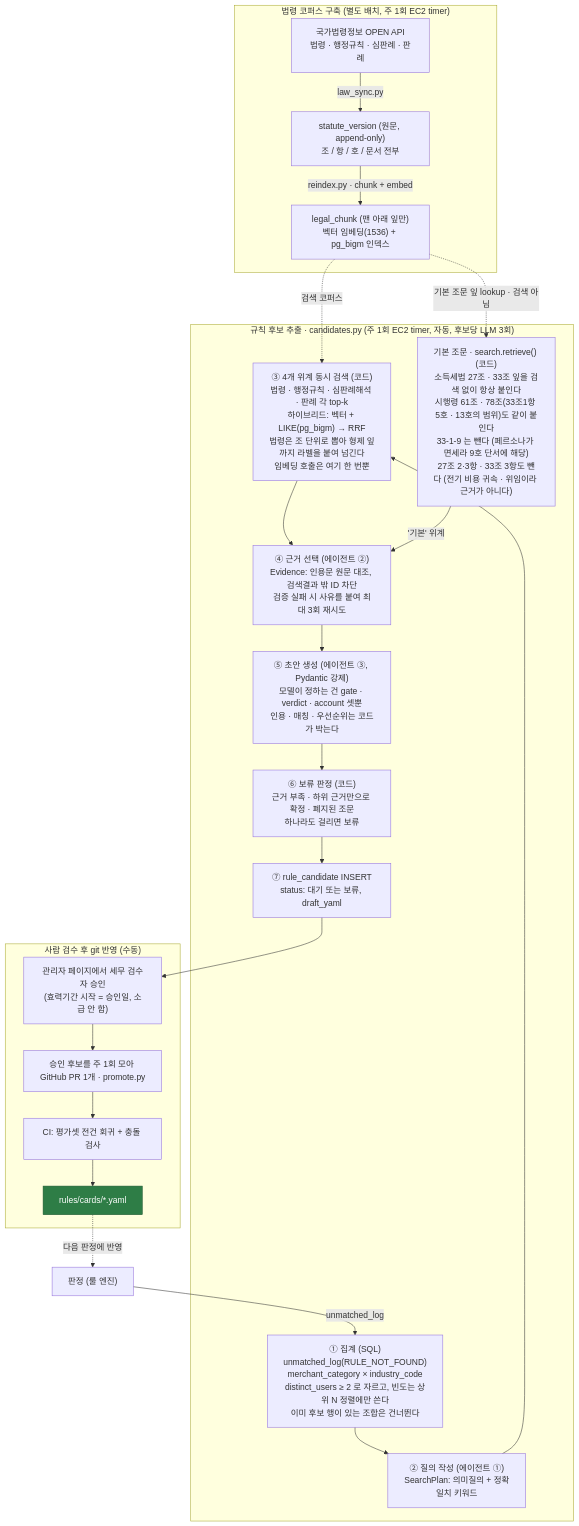
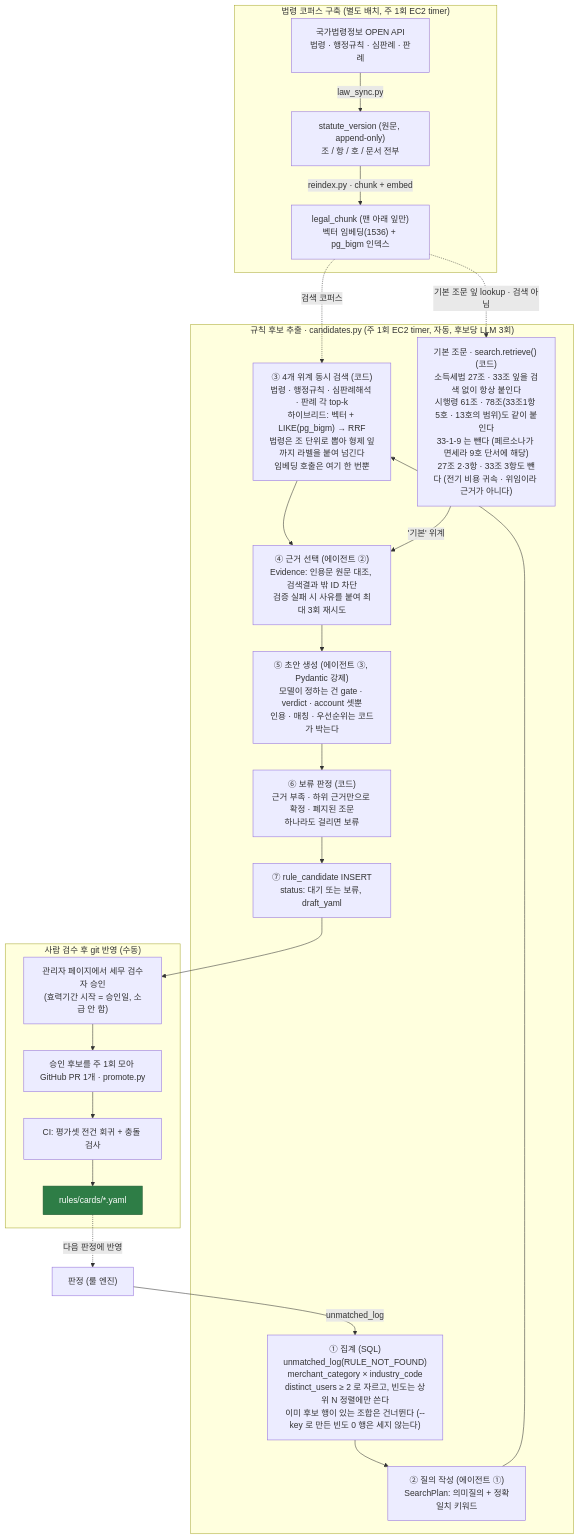
Before and after one commit to kakaotechcampus-4/ktc4-pusan-4: the third of 3 diagrams in docs/architecture.md, drawn with Mermaid. The commit also changed 2 other files, not shown here.

Commit message:
fix: 빈도 0인 --key 후보가 자동 후보를 막지 않게 함

````diff
--- a/docs/architecture.md
+++ b/docs/architecture.md
@@ -117,41 +117,41 @@
 ```mermaid
 flowchart TD
     subgraph CORPUS["법령 코퍼스 구축 (별도 배치, 주 1회 EC2 timer)"]
         LAW["국가법령정보 OPEN API<br/>법령 · 행정규칙 · 심판례 · 판례"]
         SV["statute_version (원문, append-only)<br/>조 / 항 / 호 / 문서 전부"]
         LC["legal_chunk (맨 아래 잎만)<br/>벡터 임베딩(1536) + pg_bigm 인덱스"]
         LAW -->|"law_sync.py"| SV -->|"reindex.py · chunk + embed"| LC
     end
 
     subgraph EXTRACT["규칙 후보 추출 · candidates.py (주 1회 EC2 timer, 자동, 후보당 LLM 3회)"]
-        AGG["① 집계 (SQL)<br/>unmatched_log(RULE_NOT_FOUND)<br/>merchant_category × industry_code<br/>distinct_users ≥ 2 로 자르고, 빈도는 상위 N 정렬에만 쓴다<br/>이미 후보 행이 있는 조합은 건너뛴다"]
+        AGG["① 집계 (SQL)<br/>unmatched_log(RULE_NOT_FOUND)<br/>merchant_category × industry_code<br/>distinct_users ≥ 2 로 자르고, 빈도는 상위 N 정렬에만 쓴다<br/>이미 후보 행이 있는 조합은 건너뛴다 (--key 로 만든 빈도 0 행은 세지 않는다)"]
         PLAN["② 질의 작성 (에이전트 ①)<br/>SearchPlan: 의미질의 + 정확일치 키워드"]
         SEARCH["③ 4개 위계 동시 검색 (코드)<br/>법령 · 행정규칙 · 심판례해석 · 판례 각 top-k<br/>하이브리드: 벡터 + LIKE(pg_bigm) → RRF<br/>법령은 조 단위로 뽑아 형제 잎까지 라벨을 붙여 넘긴다<br/>임베딩 호출은 여기 한 번뿐"]
         FRAME["기본 조문 · search.retrieve() (코드)<br/>소득세법 27조 · 33조 잎을 검색 없이 항상 붙인다<br/>시행령 61조 · 78조(33조1항 5호 · 13호의 범위)도 같이 붙인다<br/>33-1-9 는 뺀다 (페르소나가 면세라 9호 단서에 해당)<br/>27조 2·3항 · 33조 3항도 뺀다 (전기 비용 귀속 · 위임이라 근거가 아니다)"]
         PICK["④ 근거 선택 (에이전트 ②)<br/>Evidence: 인용문 원문 대조, 검색결과 밖 ID 차단<br/>검증 실패 시 사유를 붙여 최대 3회 재시도"]
         DRAFT["⑤ 초안 생성 (에이전트 ③, Pydantic 강제)<br/>모델이 정하는 건 gate · verdict · account 셋뿐<br/>인용 · 매칭 · 우선순위는 코드가 박는다"]
         HOLD["⑥ 보류 판정 (코드)<br/>근거 부족 · 하위 근거만으로 확정 · 폐지된 조문<br/>하나라도 걸리면 보류"]
         CAND["⑦ rule_candidate INSERT<br/>status: 대기 또는 보류, draft_yaml"]
         AGG --> PLAN --> SEARCH --> PICK --> DRAFT --> HOLD --> CAND
         FRAME -->|"'기본' 위계"| PICK
     end
 
     subgraph HUMAN["사람 검수 후 git 반영 (수동)"]
         ADMIN["관리자 페이지에서 세무 검수자 승인<br/>(효력기간 시작 = 승인일, 소급 안 함)"]
         PR["승인 후보를 주 1회 모아 GitHub PR 1개 · promote.py"]
         CI["CI: 평가셋 전건 회귀 + 충돌 검사"]
         CARDS["rules/cards/*.yaml"]
         ADMIN --> PR --> CI --> CARDS
     end
 
     JUDGE["판정 (룰 엔진)"]
 
     JUDGE -->|"unmatched_log"| AGG
     LC -.->|"검색 코퍼스"| SEARCH
     LC -.->|"기본 조문 잎 lookup · 검색 아님"| FRAME
     CAND --> ADMIN
     CARDS -.->|"다음 판정에 반영"| JUDGE
 
     classDef done fill:#2e7d46,color:#ffffff,stroke:#1f5731;
     class CARDS done;
 ```
````
